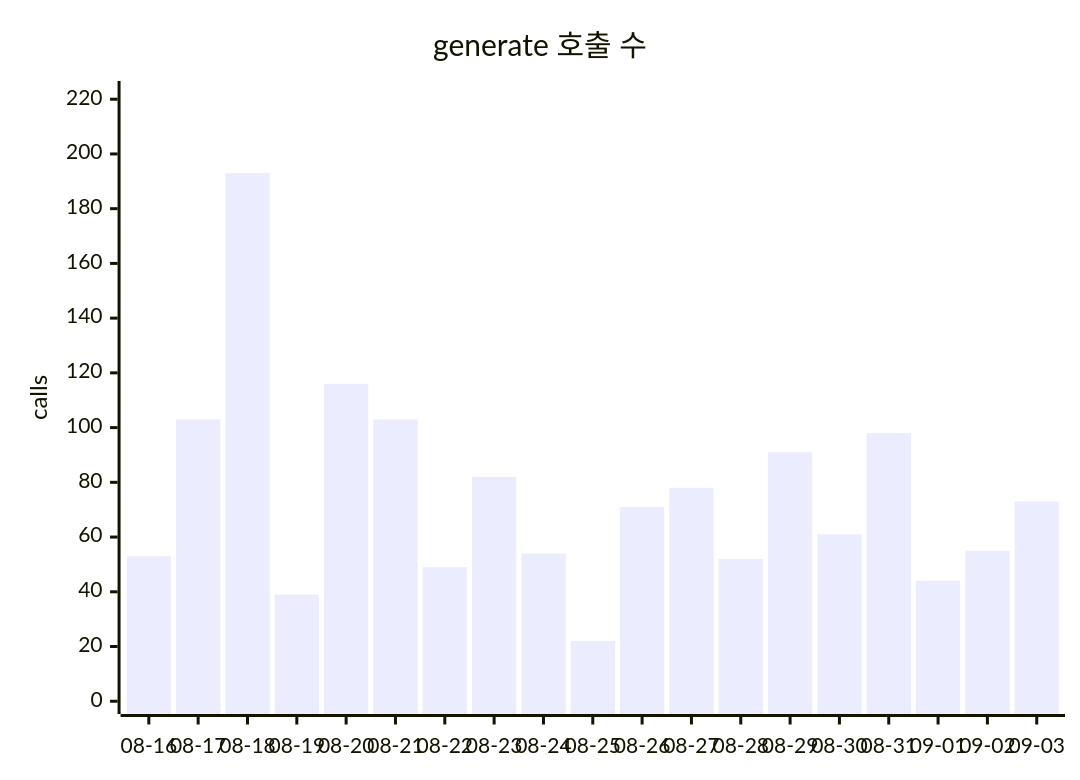
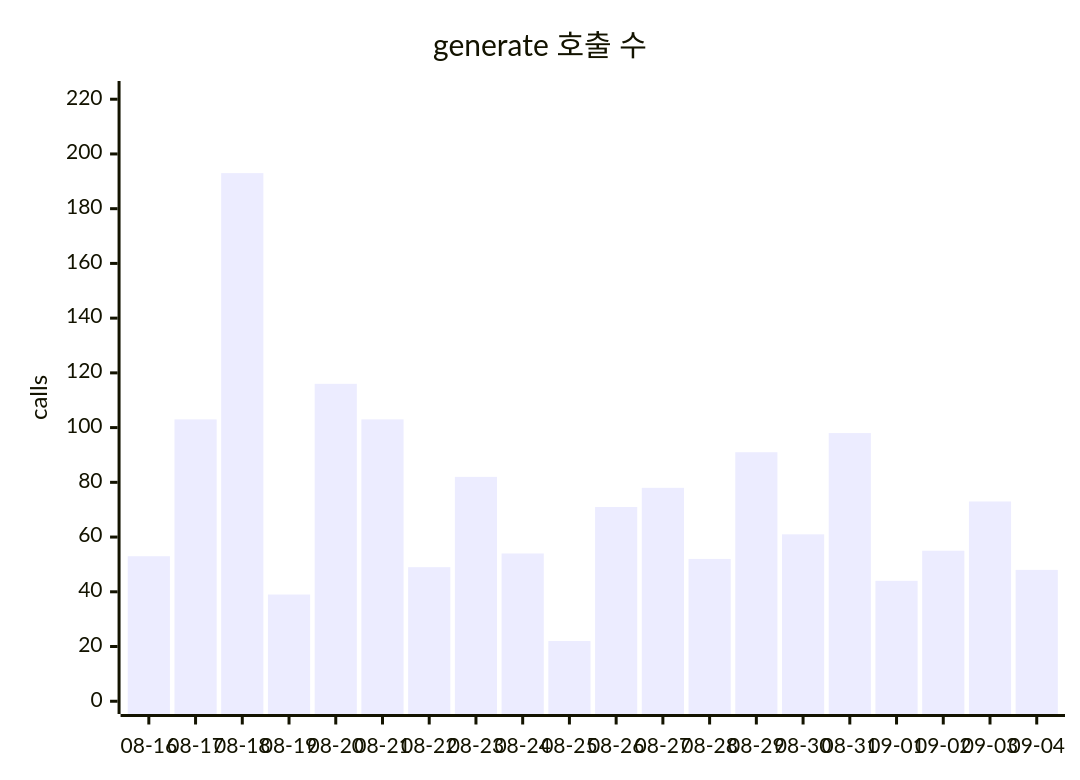
One commit to userri/PinQ-backend changed the first of 2 diagrams in docs/data/token-usage.md. Above: the diagram before and after it, drawn with Mermaid. The commit also changed other lines of this file and 3 other files, not shown here.

````diff
--- a/docs/data/token-usage.md
+++ b/docs/data/token-usage.md
@@ -89,7 +92,7 @@
 ```mermaid
 xychart-beta
     title "generate 호출 수"
-    x-axis ["08-16", "08-17", "08-18", "08-19", "08-20", "08-21", "08-22", "08-23", "08-24", "08-25", "08-26", "08-27", "08-28", "08-29", "08-30", "08-31", "09-01", "09-02", "09-03"]
+    x-axis ["08-16", "08-17", "08-18", "08-19", "08-20", "08-21", "08-22", "08-23", "08-24", "08-25", "08-26", "08-27", "08-28", "08-29", "08-30", "08-31", "09-01", "09-02", "09-03", "09-04"]
     y-axis "calls" 0 --> 222
-    bar [53, 103, 193, 39, 116, 103, 49, 82, 54, 22, 71, 78, 52, 91, 61, 98, 44, 55, 73]
+    bar [53, 103, 193, 39, 116, 103, 49, 82, 54, 22, 71, 78, 52, 91, 61, 98, 44, 55, 73, 48]
 ```
````
